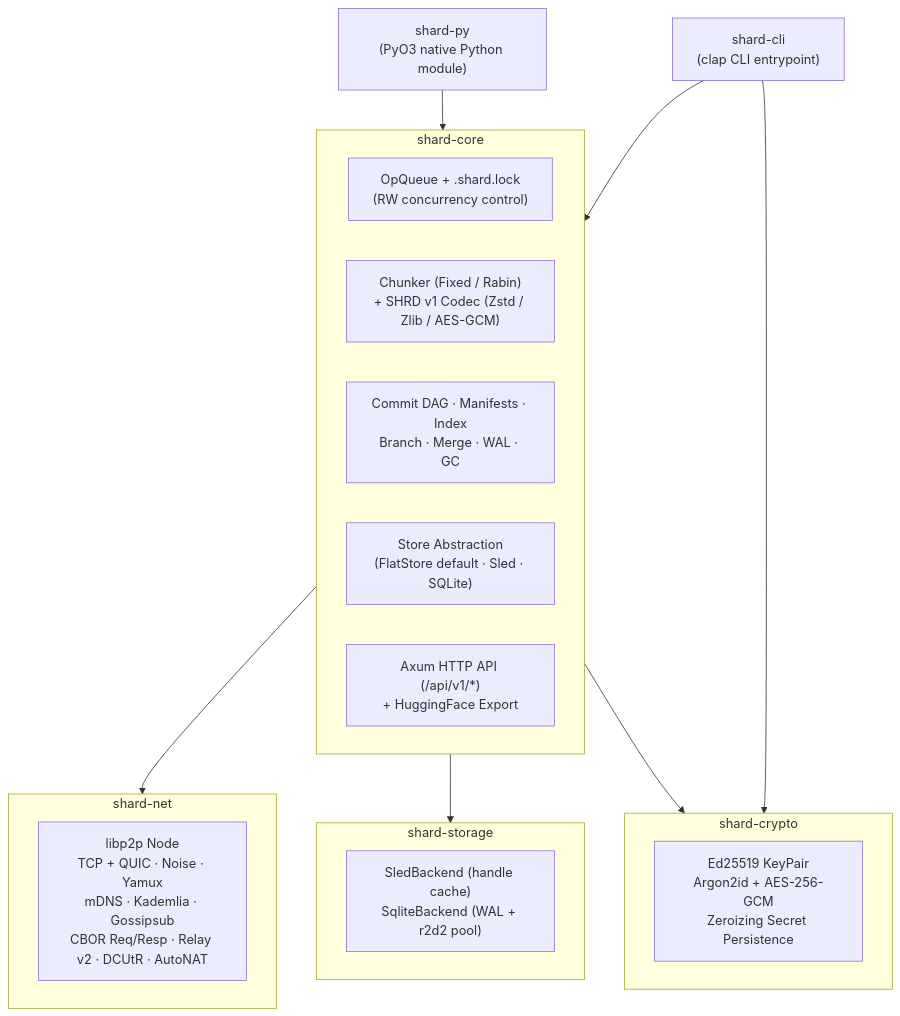
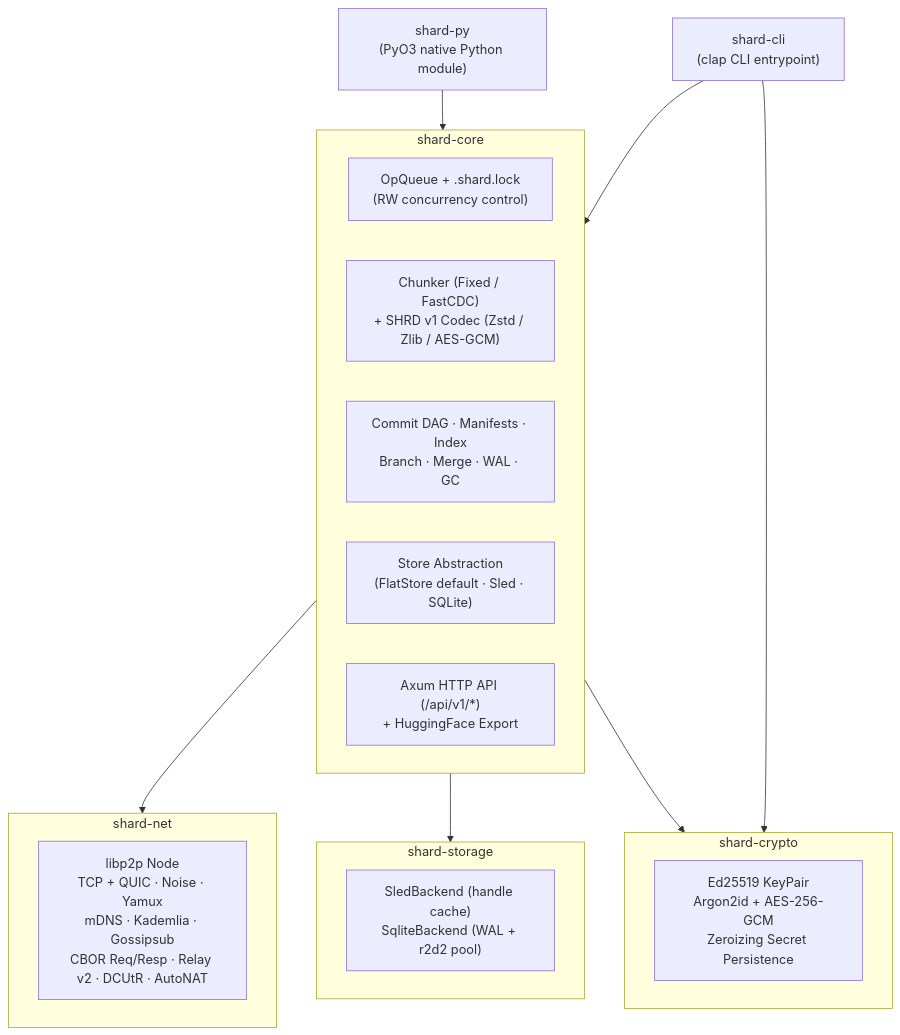
One commit to sandy-sachin7/shard changed the diagram in README.md. Above: the diagram before and after it, drawn with Mermaid. The commit also changed other lines of this file and 17 other files, not shown here.

Commit message:
feat(checkout,chunker): transactional multi-file checkout, FastCDC naming, resilience tests & empirical checkpoint bench (v2.5.0)

````diff
--- a/README.md
+++ b/README.md
@@ -355,32 +367,32 @@
 ```mermaid
 graph TD
     CLI["shard-cli<br/>(clap CLI entrypoint)"]
     PY["shard-py<br/>(PyO3 native Python module)"]
 
     subgraph Core["shard-core"]
         Ops["OpQueue + .shard.lock<br/>(RW concurrency control)"]
-        Pipeline["Chunker (Fixed / Rabin)<br/>+ SHRD v1 Codec (Zstd / Zlib / AES-GCM)"]
+        Pipeline["Chunker (Fixed / FastCDC)<br/>+ SHRD v1 Codec (Zstd / Zlib / AES-GCM)"]
         DAG["Commit DAG · Manifests · Index<br/>Branch · Merge · WAL · GC"]
         Store["Store Abstraction<br/>(FlatStore default · Sled · SQLite)"]
         API["Axum HTTP API (/api/v1/*)<br/>+ HuggingFace Export"]
     end
 
     subgraph Net["shard-net"]
         LibP2P["libp2p Node<br/>TCP + QUIC · Noise · Yamux<br/>mDNS · Kademlia · Gossipsub<br/>CBOR Req/Resp · Relay v2 · DCUtR · AutoNAT"]
     end
 
     subgraph Crypto["shard-crypto"]
         Keys["Ed25519 KeyPair<br/>Argon2id + AES-256-GCM<br/>Zeroizing Secret Persistence"]
     end
 
     subgraph Storage["shard-storage"]
         DB["SledBackend (handle cache)<br/>SqliteBackend (WAL + r2d2 pool)"]
     end
 
     CLI --> Core
     CLI --> Crypto
     PY --> Core
     Core --> Net
     Core --> Crypto
     Core --> Storage
 ```
````
